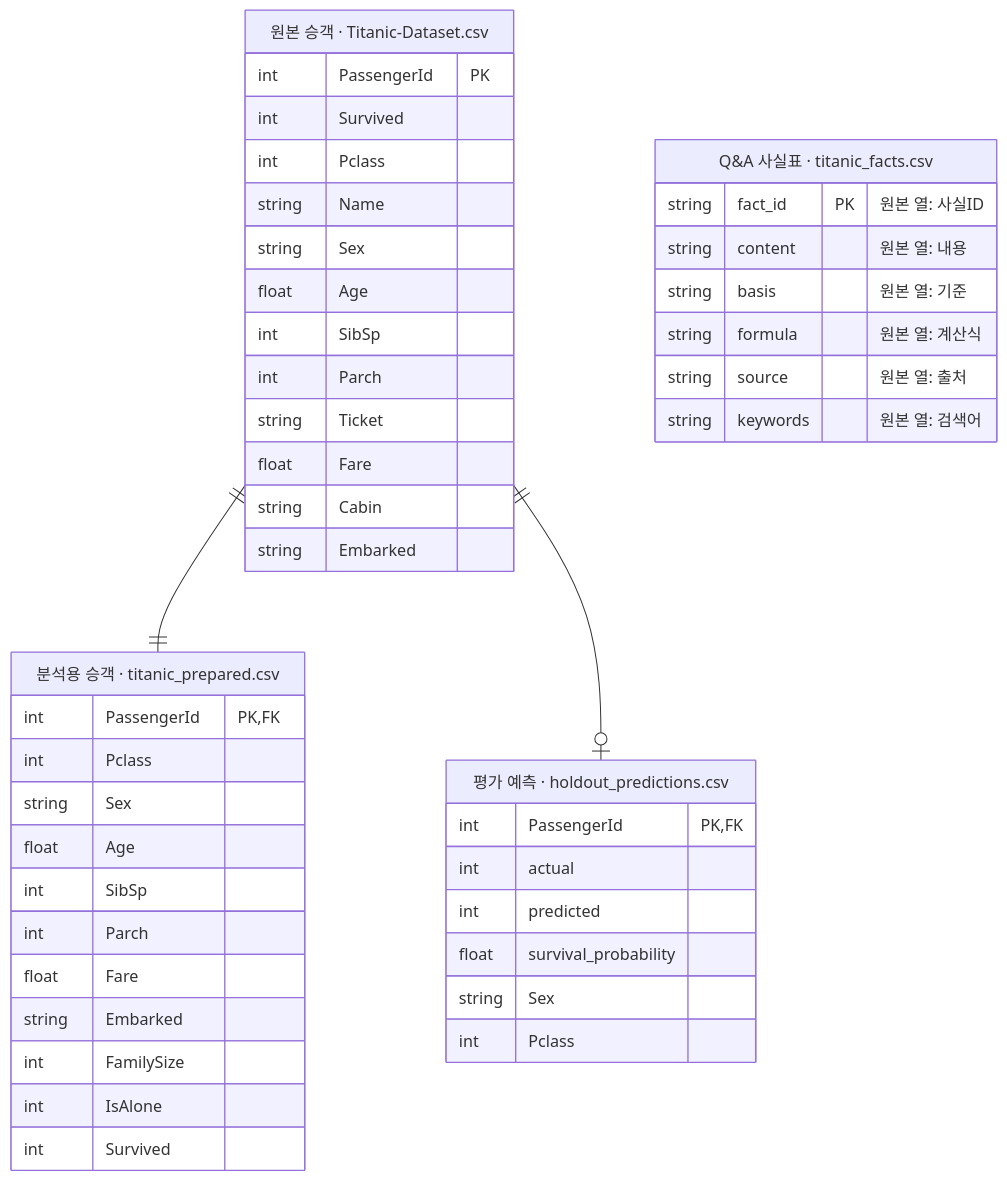
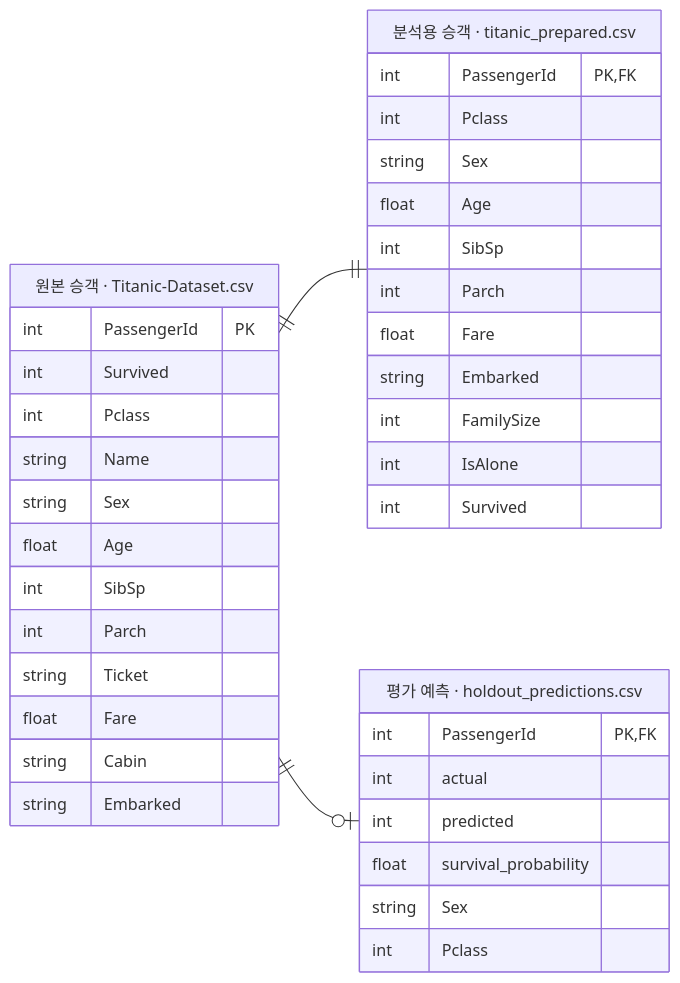
One commit to gamzpot96-cell/titanic_dashboard changed the diagram in README.md. Above: the diagram before and after it, drawn with Mermaid. The commit also changed other lines of this file, not shown here.

````diff
--- a/README.md
+++ b/README.md
@@ -52,53 +50,44 @@
 ```mermaid
 erDiagram
-    direction TB
+    direction LR
     PASSENGERS ||--|| PREPARED : ""
     PASSENGERS ||--o| HOLDOUT : ""
 
     PASSENGERS["원본 승객 · Titanic-Dataset.csv"] {
         int PassengerId PK
         int Survived
         int Pclass
         string Name
         string Sex
         float Age
         int SibSp
         int Parch
         string Ticket
         float Fare
         string Cabin
         string Embarked
     }
 
     PREPARED["분석용 승객 · titanic_prepared.csv"] {
         int PassengerId PK, FK
         int Pclass
         string Sex
         float Age
         int SibSp
         int Parch
         float Fare
         string Embarked
         int FamilySize
         int IsAlone
         int Survived
     }
 
     HOLDOUT["평가 예측 · holdout_predictions.csv"] {
         int PassengerId PK, FK
         int actual
         int predicted
         float survival_probability
         string Sex
         int Pclass
     }
-
-    FACTS["Q&A 사실표 · titanic_facts.csv"] {
-        string fact_id PK "원본 열: 사실ID"
-        string content "원본 열: 내용"
-        string basis "원본 열: 기준"
-        string formula "원본 열: 계산식"
-        string source "원본 열: 출처"
-        string keywords "원본 열: 검색어"
-    }
 ```
````
